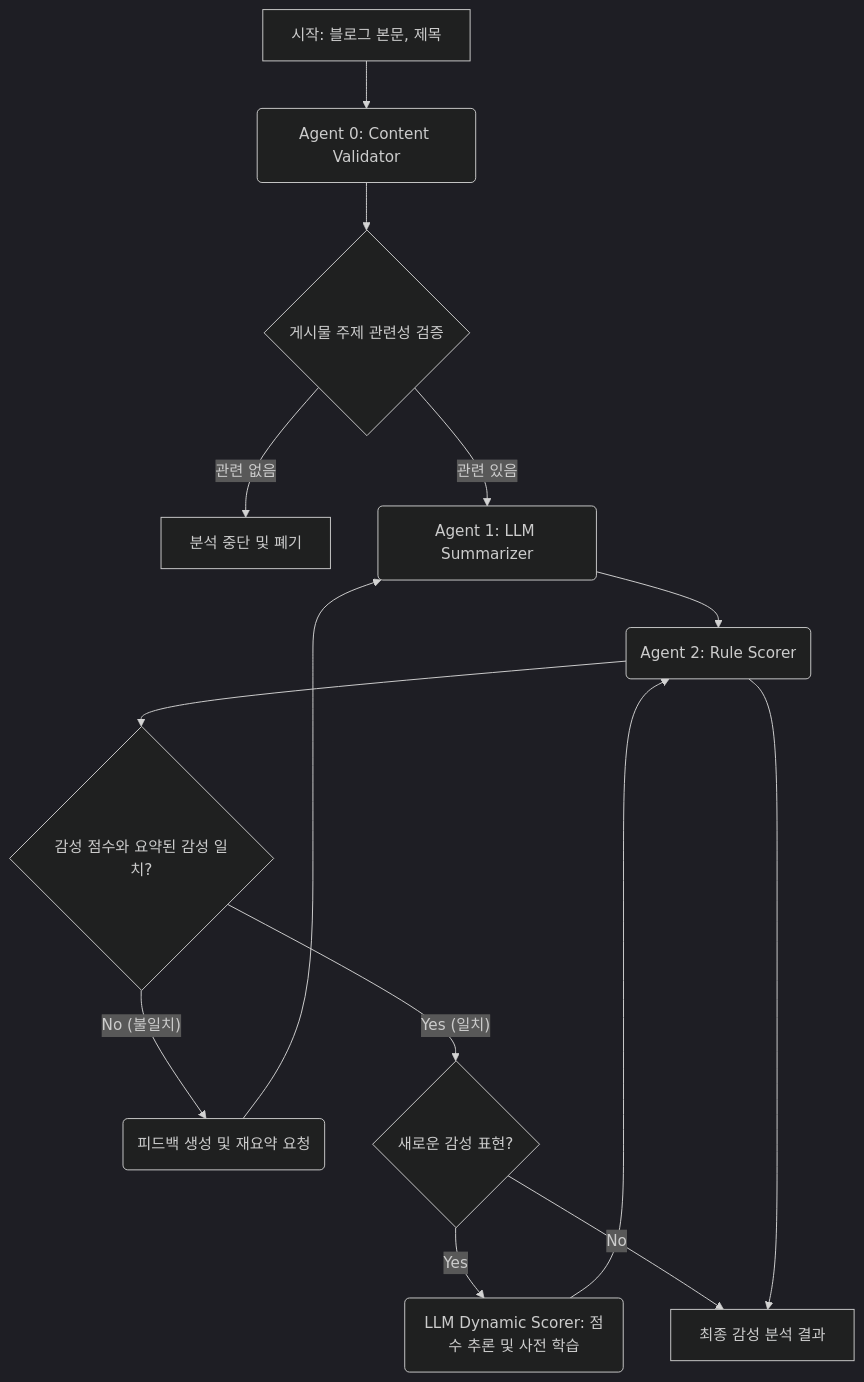
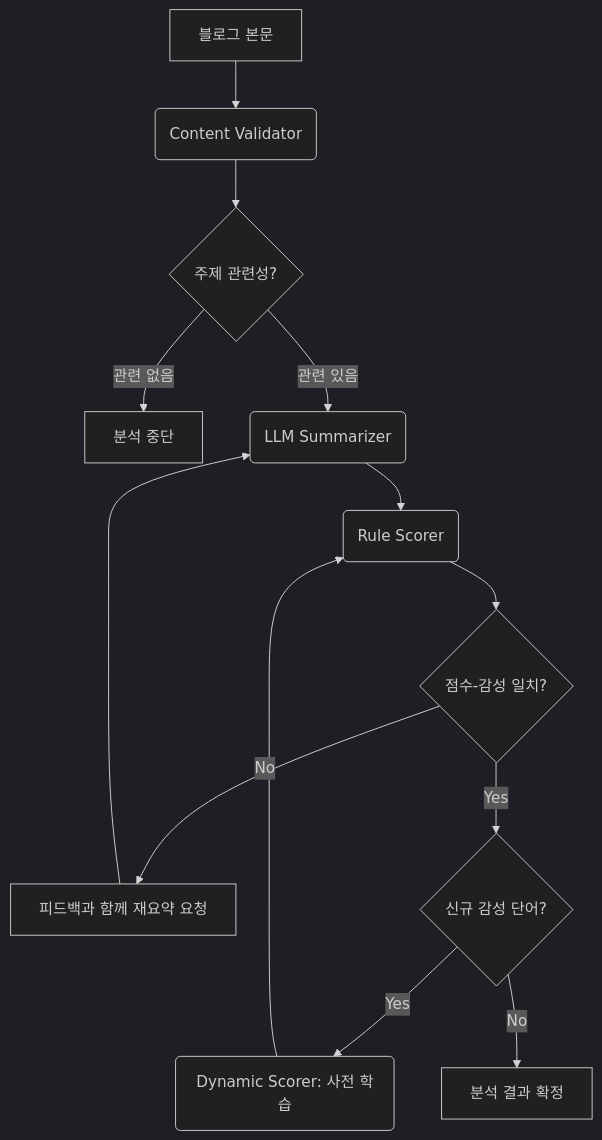
One commit to gayoonchoi/GradioNaverSentiment changed the second of 2 diagrams in README.md. Above: the diagram before and after it, drawn with Mermaid (dark theme). The commit also changed other lines of this file and 8 other files, not shown here.

````diff
--- a/README.md
+++ b/README.md
@@ -44,16 +92,15 @@
 ```mermaid
 graph TD
-    A[시작: 블로그 본문, 제목] --> B(Agent 0: Content Validator);
-    B --> C{게시물 주제 관련성 검증};
-    C -- 관련 없음 --> D[분석 중단 및 폐기];
-    C -- 관련 있음 --> E(Agent 1: LLM Summarizer);
-    E --> F(Agent 2: Rule Scorer);
-    F --> G{감성 점수와 요약된 감성 일치?};
-    G -- No (불일치) --> H(피드백 생성 및 재요약 요청);
+    A[블로그 본문] --> B(Content Validator);
+    B --> C{주제 관련성?};
+    C -- 관련 없음 --> D[분석 중단];
+    C -- 관련 있음 --> E(LLM Summarizer);
+    E --> F(Rule Scorer);
+    F --> G{점수-감성 일치?};
+    G -- No --> H[피드백과 함께 재요약 요청];
     H --> E;
-    G -- Yes (일치) --> I{새로운 감성 표현?};
-    I -- Yes --> J(LLM Dynamic Scorer: 점수 추론 및 사전 학습);
+    G -- Yes --> I{신규 감성 단어?};
+    I -- Yes --> J(Dynamic Scorer: 사전 학습);
     J --> F;
-    I -- No --> K[최종 감성 분석 결과];
-    F --> K;
+    I -- No --> K[분석 결과 확정];
 ```
````
